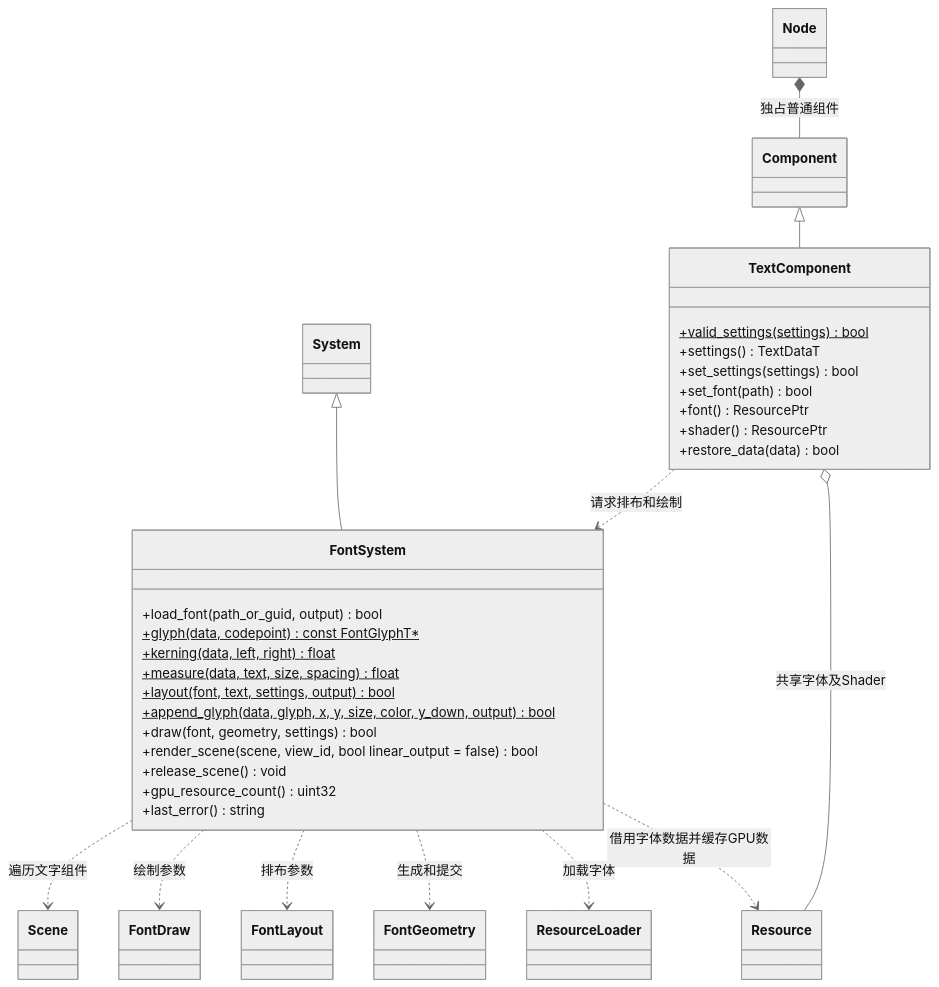
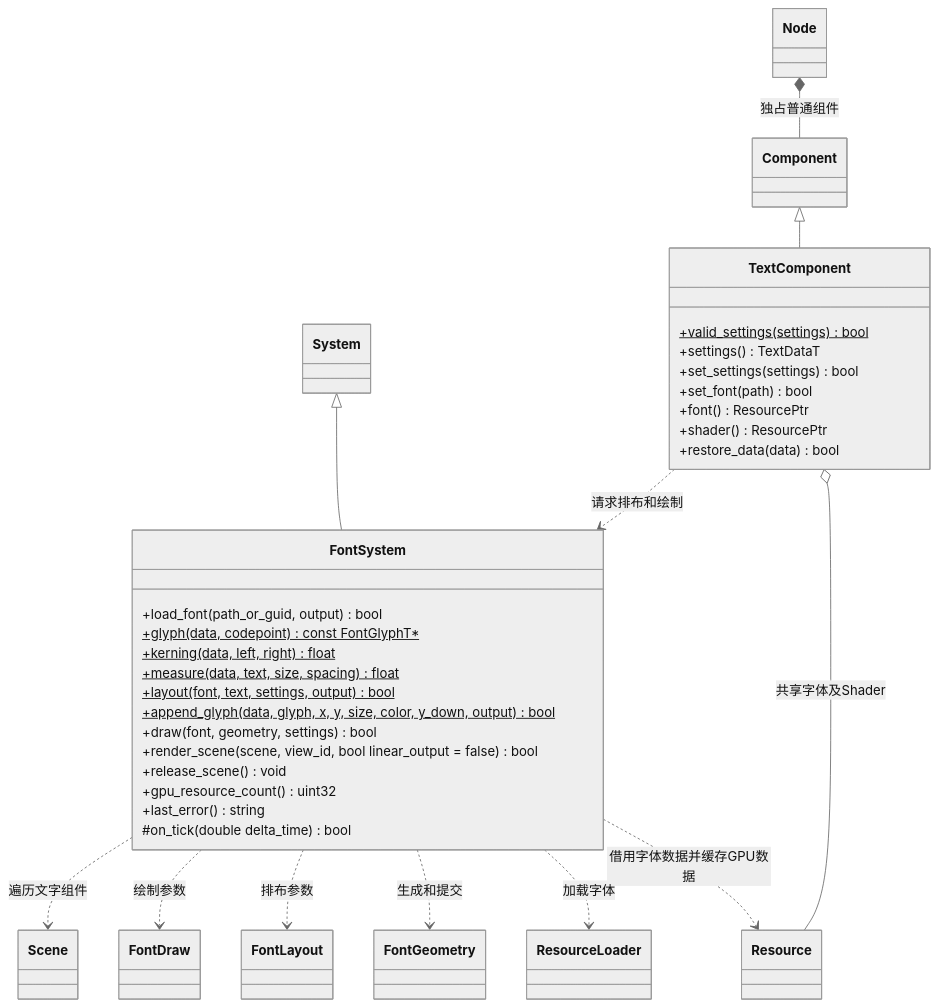
One commit to lcals/Engine changed the first of 2 diagrams in docs/runtime/class-diagrams/font-system.md. Above: the diagram before and after it, drawn with Mermaid (neutral theme). The commit also changed other lines of this file and 98 other files, not shown here.

````diff
--- a/docs/runtime/class-diagrams/font-system.md
+++ b/docs/runtime/class-diagrams/font-system.md
@@ -7,36 +7,37 @@
 ```mermaid
 classDiagram
     System <|-- FontSystem
     Component <|-- TextComponent
     FontSystem ..> Resource : 借用字体数据并缓存GPU数据
     FontSystem ..> ResourceLoader : 加载字体
     FontSystem ..> FontGeometry : 生成和提交
     FontSystem ..> FontLayout : 排布参数
     FontSystem ..> FontDraw : 绘制参数
     FontSystem ..> Scene : 遍历文字组件
     TextComponent o-- Resource : 共享字体及Shader
     TextComponent ..> FontSystem : 请求排布和绘制
     Node *-- Component : 独占普通组件
     class FontSystem {
         +load_font(path_or_guid, output) bool
         +glyph(data, codepoint) const FontGlyphT#42;$
         +kerning(data, left, right) float$
         +measure(data, text, size, spacing) float$
         +layout(font, text, settings, output) bool$
         +append_glyph(data, glyph, x, y, size, color, y_down, output) bool$
         +draw(font, geometry, settings) bool
         +render_scene(scene, view_id, bool linear_output = false) bool
         +release_scene() void
         +gpu_resource_count() uint32
         +last_error() string
+        #on_tick(double delta_time) bool
     }
     class TextComponent {
         +valid_settings(settings) bool$
         +settings() TextDataT
         +set_settings(settings) bool
         +set_font(path) bool
         +font() ResourcePtr
         +shader() ResourcePtr
         +restore_data(data) bool
     }
 ```
````
